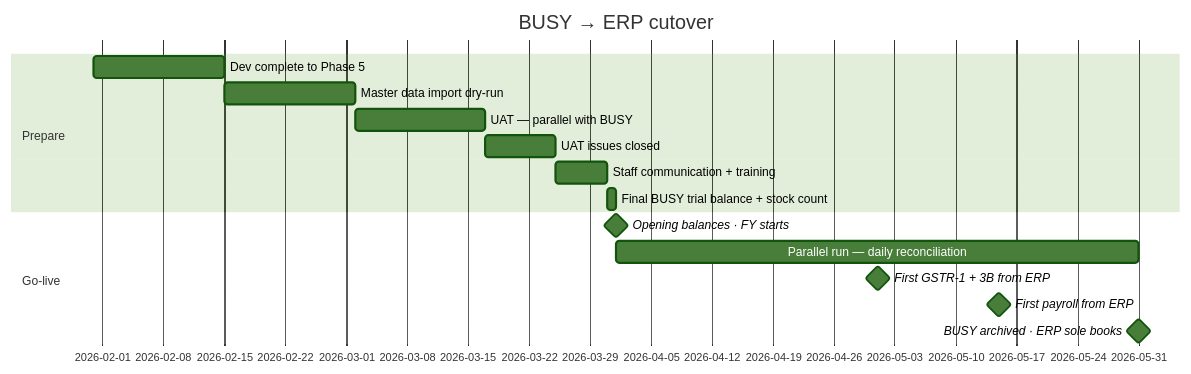
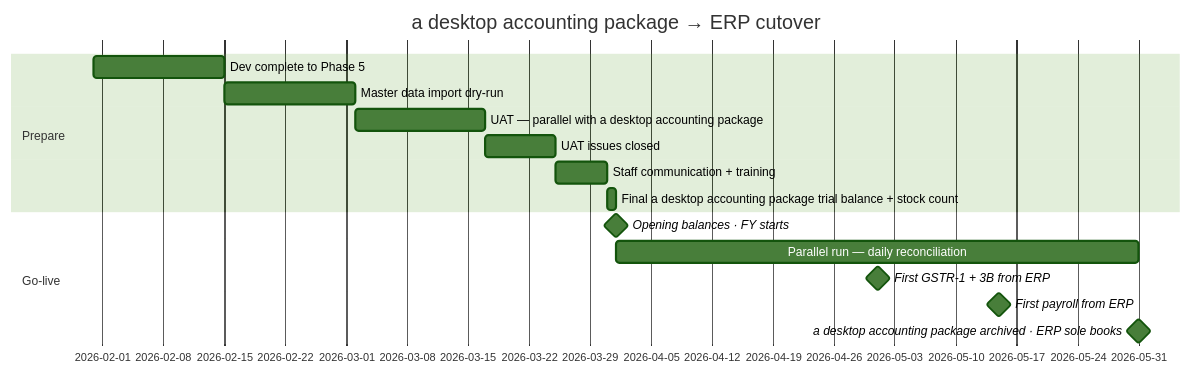
The seventh of 8 diagrams in PROJECT_REPORT.md (vastrangam/AI_Content_Engine), drawn with Mermaid (forest theme) before and after one commit. The commit also changed other lines of this file and 199 other files, not shown here.

````diff
--- a/PROJECT_REPORT.md
+++ b/PROJECT_REPORT.md
@@ -1512,18 +1512,18 @@
 ```mermaid
 gantt
     dateFormat YYYY-MM-DD
-    title BUSY → ERP cutover
+    title a desktop accounting package → ERP cutover
     section Prepare
     Dev complete to Phase 5      :2026-01-31, 15d
     Master data import dry-run   :2026-02-15, 15d
-    UAT — parallel with BUSY     :2026-03-02, 15d
+    UAT — parallel with a desktop accounting package     :2026-03-02, 15d
     UAT issues closed            :2026-03-17, 8d
     Staff communication + training :2026-03-25, 6d
-    Final BUSY trial balance + stock count :2026-03-31, 1d
+    Final a desktop accounting package trial balance + stock count :2026-03-31, 1d
     section Go-live
     Opening balances · FY starts :milestone, 2026-04-01, 0d
     Parallel run — daily reconciliation :2026-04-01, 60d
     First GSTR-1 + 3B from ERP   :milestone, 2026-05-01, 0d
     First payroll from ERP       :milestone, 2026-05-15, 0d
-    BUSY archived · ERP sole books :milestone, 2026-05-31, 0d
+    a desktop accounting package archived · ERP sole books :milestone, 2026-05-31, 0d
 ```
````
